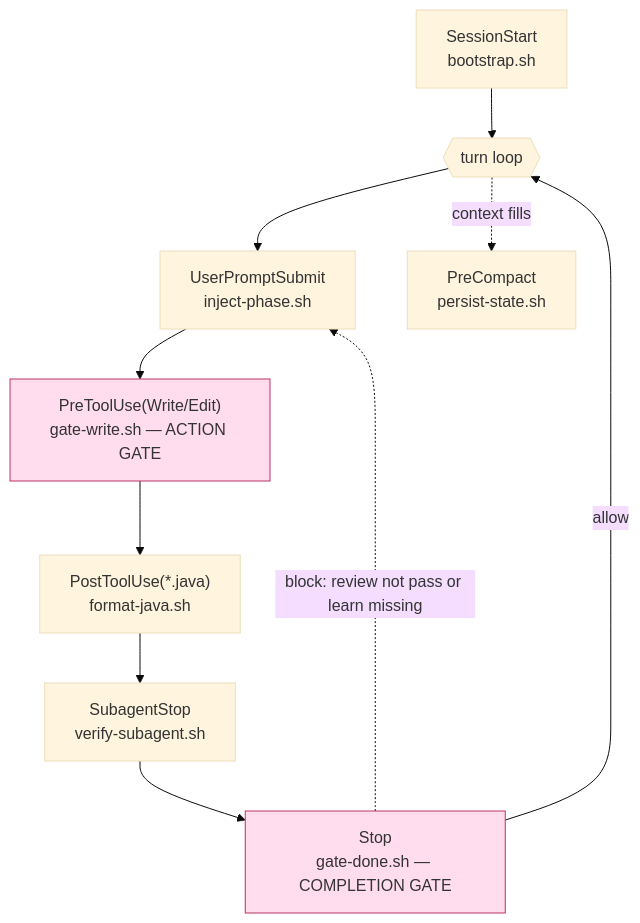
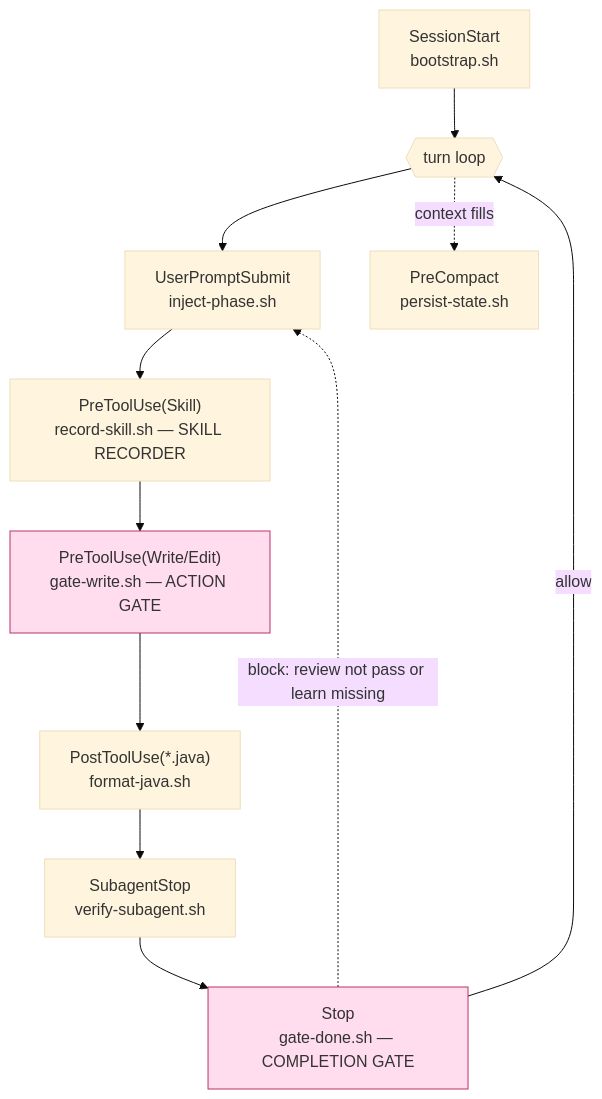
The diagram in .claude/docs/design/06-hooks.md (taipt1504/claudehut), drawn with Mermaid (base theme) before and after one commit. The commit also changed other lines of this file and 48 other files, not shown here.

````diff
--- a/.claude/docs/design/06-hooks.md
+++ b/.claude/docs/design/06-hooks.md
@@ -45,14 +45,15 @@
 ```mermaid
 flowchart TB
     SS["SessionStart<br/>bootstrap.sh"] --> T0{{"turn loop"}}
     T0 --> UPS["UserPromptSubmit<br/>inject-phase.sh"]
-    UPS --> PRE["PreToolUse(Write/Edit)<br/>gate-write.sh — ACTION GATE"]
+    UPS --> REC["PreToolUse(Skill)<br/>record-skill.sh — SKILL RECORDER"]
+    REC --> PRE["PreToolUse(Write/Edit)<br/>gate-write.sh — ACTION GATE"]
     PRE --> POST["PostToolUse(*.java)<br/>format-java.sh"]
     POST --> SUB["SubagentStop<br/>verify-subagent.sh"]
     SUB --> STOP["Stop<br/>gate-done.sh — COMPLETION GATE"]
     STOP -->|allow| T0
     STOP -.->|block: review not pass or learn missing| UPS
     T0 -.->|context fills| PC["PreCompact<br/>persist-state.sh"]
     classDef gate fill:#fde,stroke:#b36;
     class PRE,STOP gate;
 ```
````
